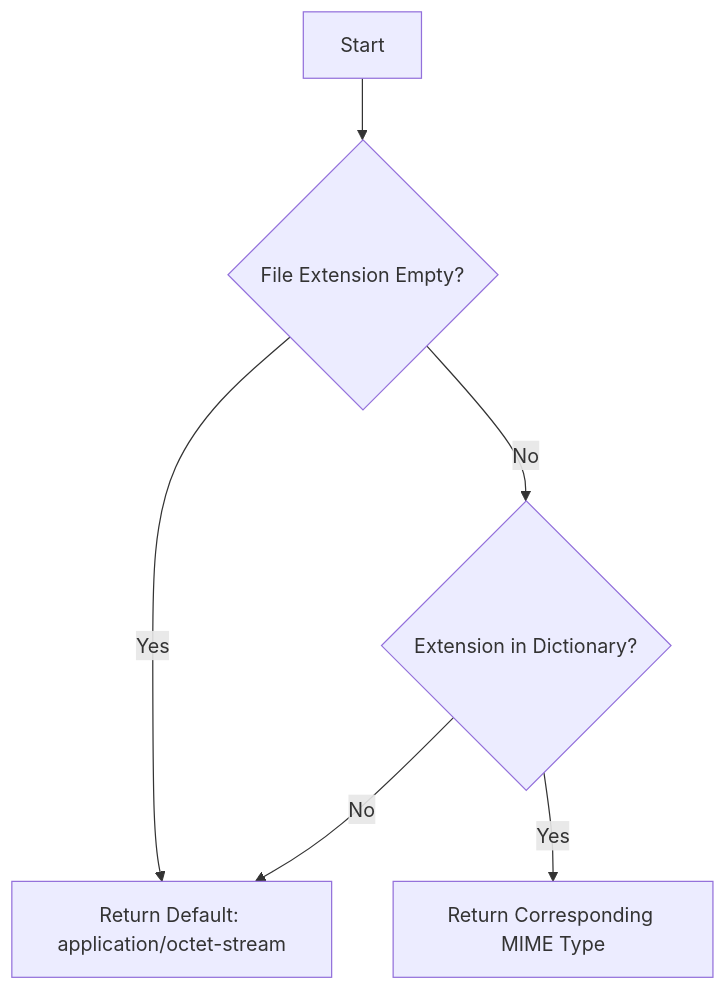
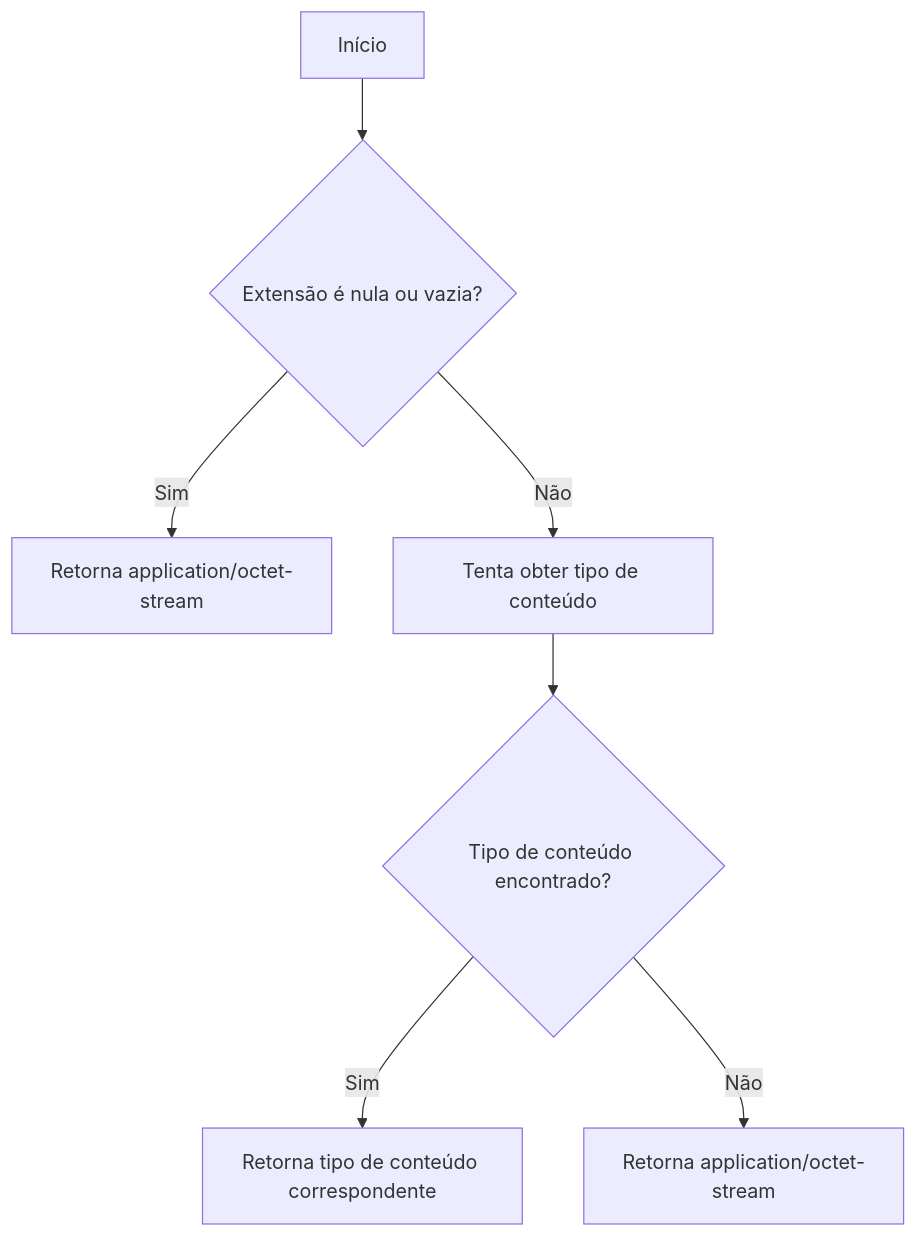
Before and after one commit to IsthmusSistemas/documentacao-tecnica: the second of 3 diagrams in docs/b2b-dominio/IsthmusWinthor.Nucleo/IsthmusWinthor.Dominio/ContentTypeHelper.md, drawn with Mermaid. The commit also changed other lines of this file, not shown here.

Commit message:
ContentTypeHelper.md

````diff
--- a/docs/b2b-dominio/IsthmusWinthor.Nucleo/IsthmusWinthor.Dominio/ContentTypeHelper.md
+++ b/docs/b2b-dominio/IsthmusWinthor.Nucleo/IsthmusWinthor.Dominio/ContentTypeHelper.md
@@ -24,8 +39,9 @@
-   ```mermaid
-   flowchart TD
-       A[Start] --> B{File Extension Empty?}
-       B -->|Yes| C[Return Default: application/octet-stream]
-       B -->|No| D{Extension in Dictionary?}
-       D -->|Yes| E[Return Corresponding MIME Type]
-       D -->|No| C
-   ```
+```mermaid
+flowchart TD
+    A[Início] --> B{Extensão é nula ou vazia?}
+    B -- Sim --> C[Retorna application/octet-stream]
+    B -- Não --> D[Tenta obter tipo de conteúdo]
+    D --> E{Tipo de conteúdo encontrado?}
+    E -- Sim --> F[Retorna tipo de conteúdo correspondente]
+    E -- Não --> G[Retorna application/octet-stream]
+```
````
